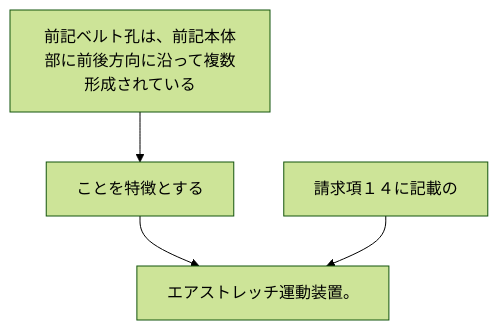
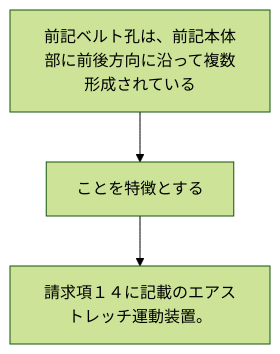
The diagram in 2024/JP2024021337A/claim_15/README.md (shinmori55/patent_analyzed), drawn with Mermaid (forest theme) before and after one commit. The commit also changed 336 other files, not shown here.

````diff
--- a/2024/JP2024021337A/claim_15/README.md
+++ b/2024/JP2024021337A/claim_15/README.md
@@ -2,10 +2,8 @@
 ```mermaid
 flowchart TD
 A[前記ベルト孔は、前記本体部に前後方向に沿って複数形成されている]
 B[ことを特徴とする]
-C[請求項１４に記載の]
-D[エアストレッチ運動装置。]
+C[請求項１４に記載のエアストレッチ運動装置。]
 A --> B
-B --> D
-C --> D
+B --> C
 ```
````
